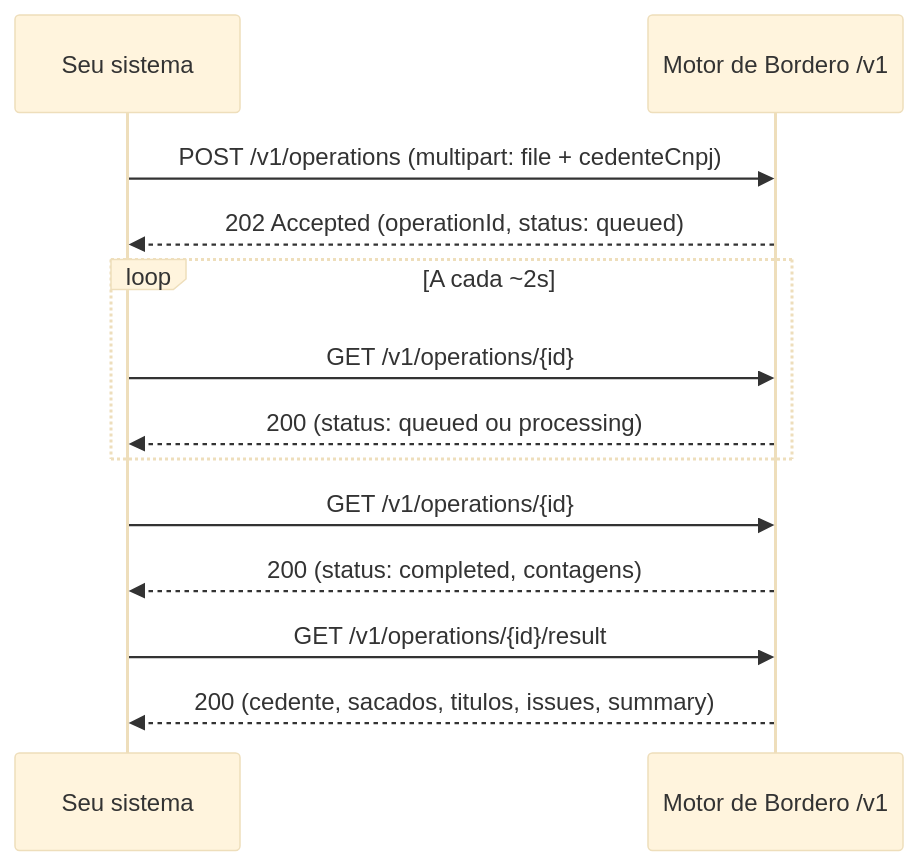
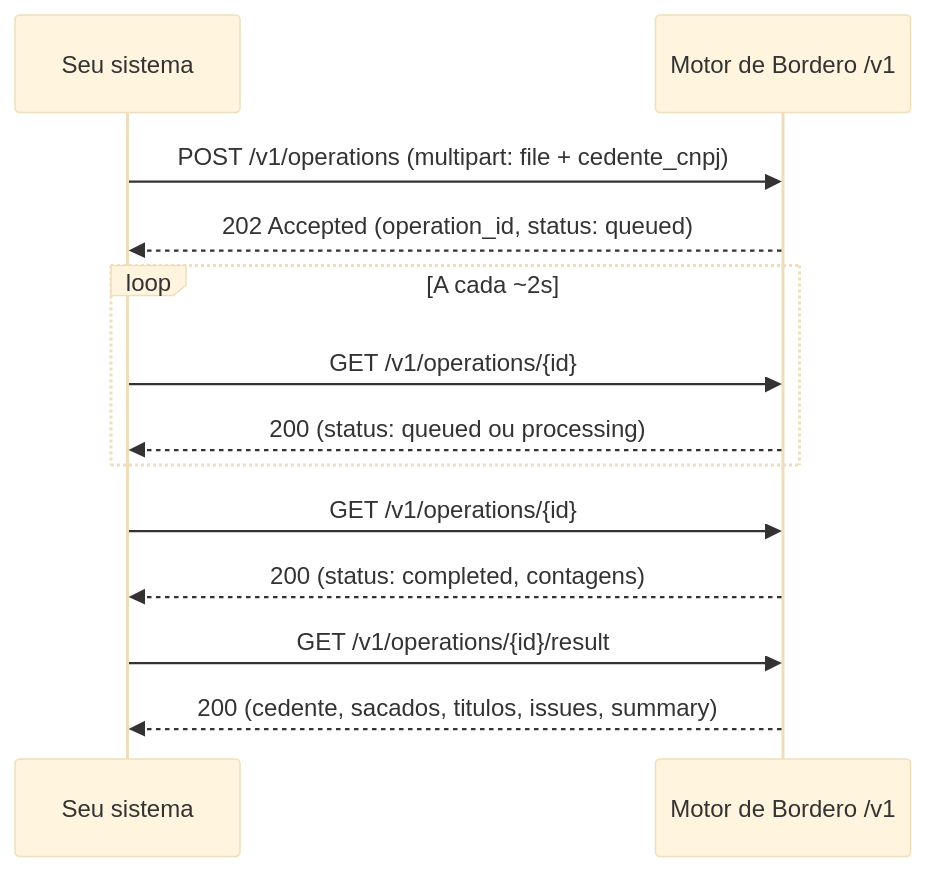
One commit to Sherlocker-LTDA/docs changed the diagram in credito/introducao.mdx. Above: the diagram before and after it, drawn with Mermaid (base theme). The commit also changed other lines of this file and 16 other files, not shown here.

````diff
--- a/credito/introducao.mdx
+++ b/credito/introducao.mdx
@@ -27,15 +27,15 @@
 ```mermaid
 sequenceDiagram
     participant C as Seu sistema
     participant S as Motor de Bordero /v1
-    C->>S: POST /v1/operations (multipart: file + cedenteCnpj)
-    S-->>C: 202 Accepted (operationId, status: queued)
+    C->>S: POST /v1/operations (multipart: file + cedente_cnpj)
+    S-->>C: 202 Accepted (operation_id, status: queued)
     loop A cada ~2s
         C->>S: GET /v1/operations/{id}
         S-->>C: 200 (status: queued ou processing)
     end
     C->>S: GET /v1/operations/{id}
     S-->>C: 200 (status: completed, contagens)
     C->>S: GET /v1/operations/{id}/result
     S-->>C: 200 (cedente, sacados, titulos, issues, summary)
 ```
````
